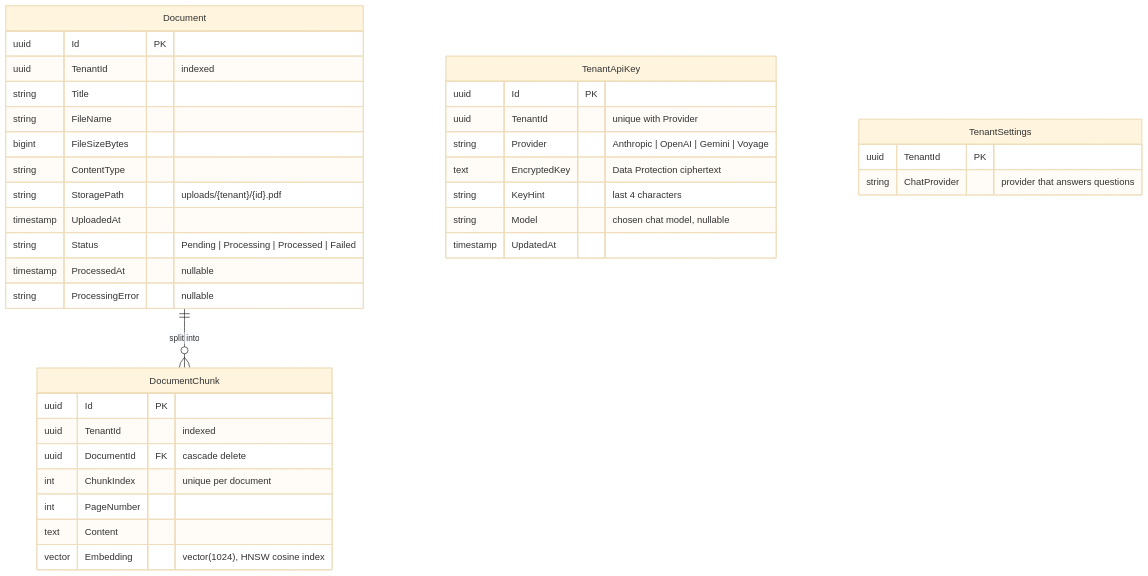
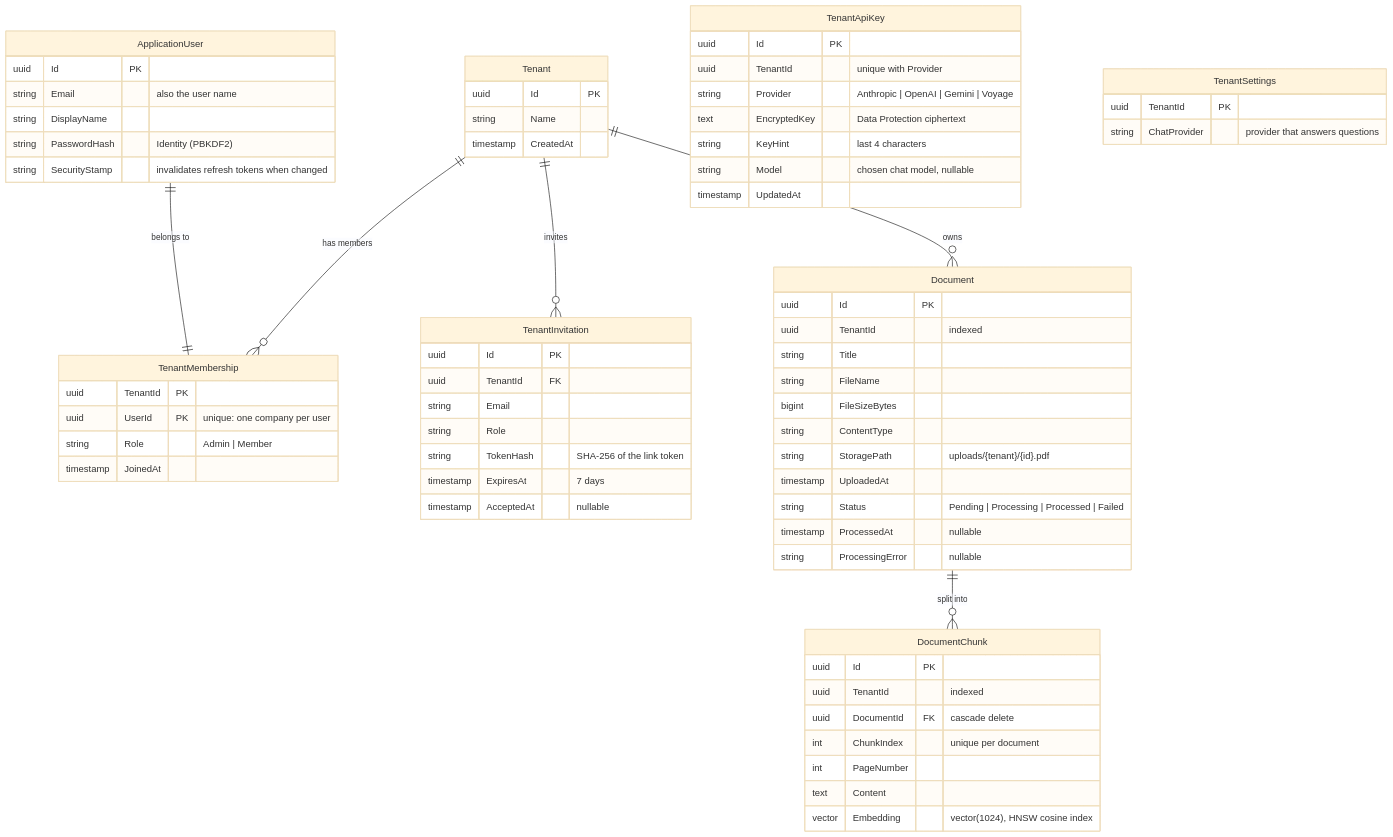
One commit to EISAGHANI/documind-ai changed the sixth of 6 diagrams in README.md. Above: the diagram before and after it, drawn with Mermaid (base theme). The commit also changed other lines of this file and 41 other files, not shown here.

First line of the commit message:
feat: sign-in with companies, Admin/Member roles and invitation links

````diff
--- a/README.md
+++ b/README.md
@@ -256,39 +307,70 @@
 ```mermaid
 erDiagram
+    Tenant ||--o{ TenantMembership : "has members"
+    ApplicationUser ||--|| TenantMembership : "belongs to"
+    Tenant ||--o{ TenantInvitation : "invites"
+    Tenant ||--o{ Document : owns
     Document ||--o{ DocumentChunk : "split into"
+    Tenant {
+        uuid Id PK
+        string Name
+        timestamp CreatedAt
+    }
+    ApplicationUser {
+        uuid Id PK
+        string Email "also the user name"
+        string DisplayName
+        string PasswordHash "Identity (PBKDF2)"
+        string SecurityStamp "invalidates refresh tokens when changed"
+    }
+    TenantMembership {
+        uuid TenantId PK
+        uuid UserId PK "unique: one company per user"
+        string Role "Admin | Member"
+        timestamp JoinedAt
+    }
+    TenantInvitation {
+        uuid Id PK
+        uuid TenantId FK
+        string Email
+        string Role
+        string TokenHash "SHA-256 of the link token"
+        timestamp ExpiresAt "7 days"
+        timestamp AcceptedAt "nullable"
+    }
     Document {
         uuid Id PK
         uuid TenantId "indexed"
         string Title
         string FileName
         bigint FileSizeBytes
         string ContentType
         string StoragePath "uploads/{tenant}/{id}.pdf"
         timestamp UploadedAt
         string Status "Pending | Processing | Processed | Failed"
         timestamp ProcessedAt "nullable"
         string ProcessingError "nullable"
     }
     DocumentChunk {
         uuid Id PK
         uuid TenantId "indexed"
         uuid DocumentId FK "cascade delete"
         int ChunkIndex "unique per document"
         int PageNumber
         text Content
         vector Embedding "vector(1024), HNSW cosine index"
     }
     TenantApiKey {
         uuid Id PK
         uuid TenantId "unique with Provider"
         string Provider "Anthropic | OpenAI | Gemini | Voyage"
         text EncryptedKey "Data Protection ciphertext"
         string KeyHint "last 4 characters"
         string Model "chosen chat model, nullable"
         timestamp UpdatedAt
     }
     TenantSettings {
         uuid TenantId PK
         string ChatProvider "provider that answers questions"
     }
 ```
````
